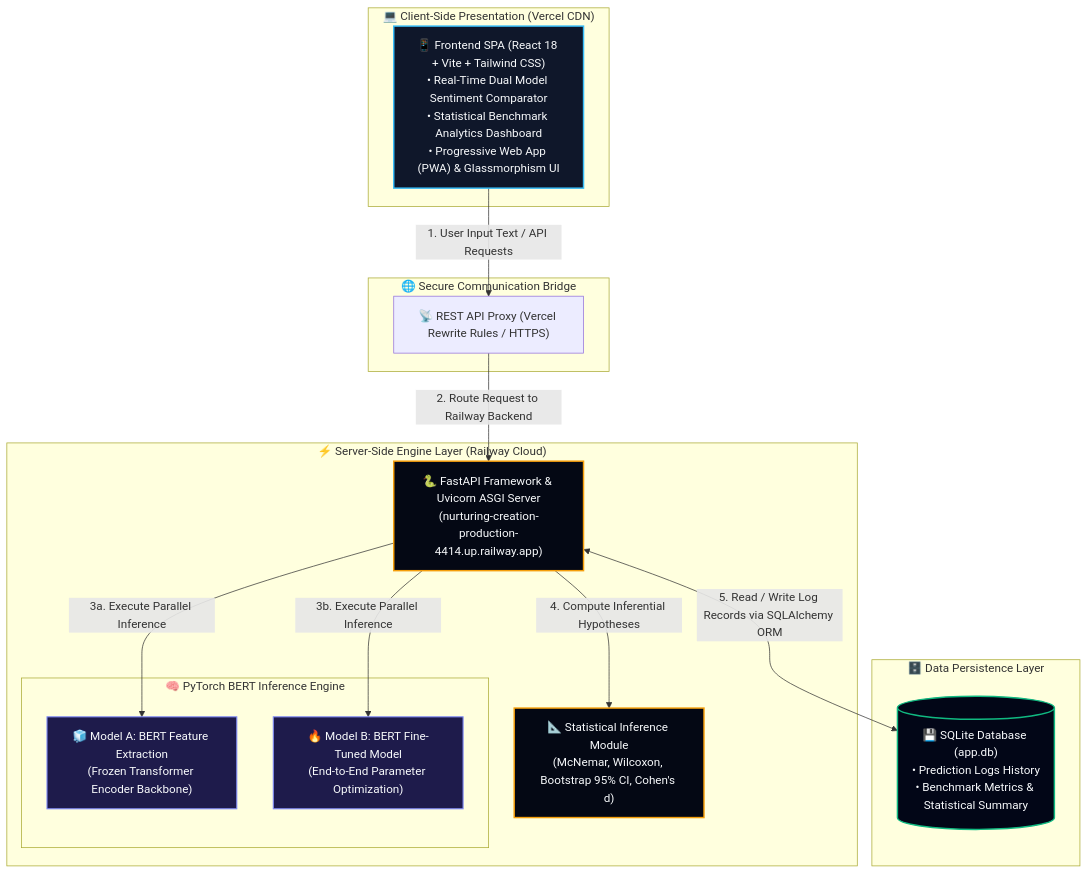
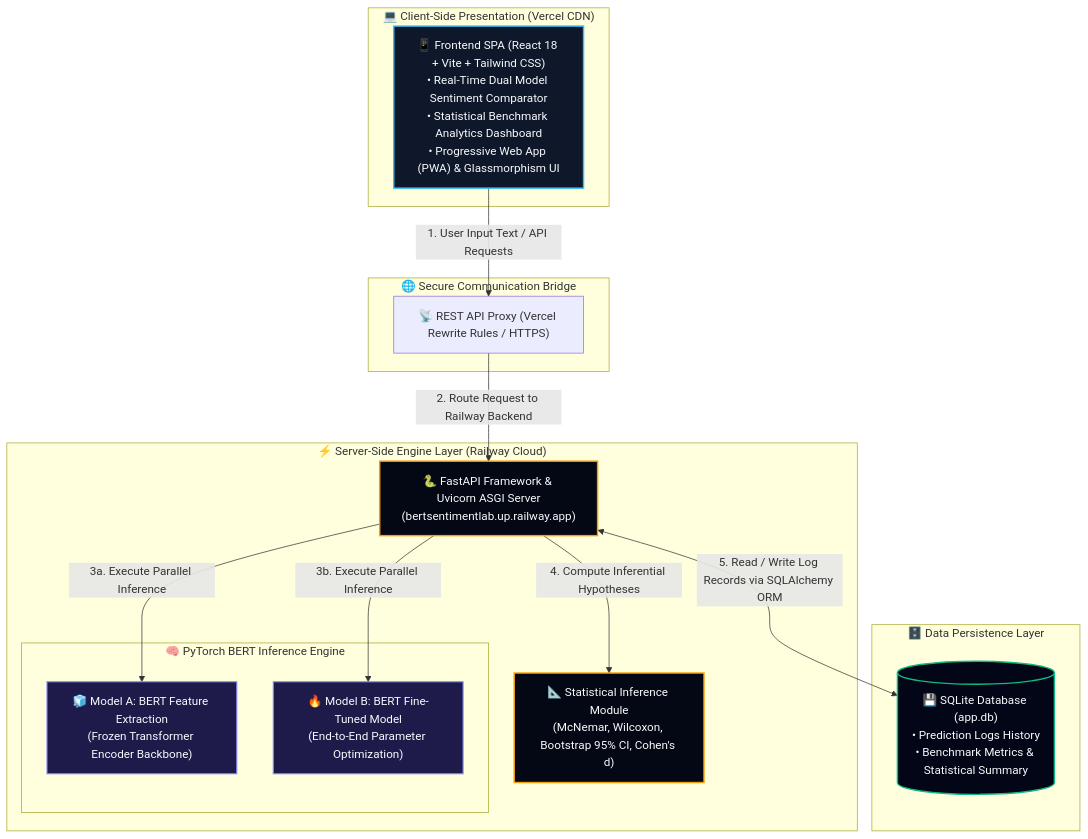
One commit to khamalputra/BERT-Sentiment-Lab changed the diagram in README.md. Above: the diagram before and after it, drawn with Mermaid. The commit also changed 1 other file, not shown here.

Commit message:
chore(config): update CPU_BACKEND_URL to new Railway backend bertsentimentlab.up.railway.app

````diff
--- a/README.md
+++ b/README.md
@@ -45,41 +45,41 @@
 ```mermaid
 graph TD
     %% Node Style Definitions
     classDef frontend fill:#0f172a,stroke:#38bdf8,stroke-width:2px,color:#f8fafc;
     classDef backend fill:#040814,stroke:#f59e0b,stroke-width:2px,color:#f8fafc;
     classDef database fill:#020617,stroke:#10b981,stroke-width:2px,color:#f8fafc;
     classDef model fill:#1e1b4b,stroke:#818cf8,stroke-width:1.5px,color:#f8fafc;
 
     subgraph ClientLayer [" 💻 Client-Side Presentation (Vercel CDN) "]
         FE["📱 Frontend SPA (React 18 + Vite + Tailwind CSS)<br/>• Real-Time Dual Model Sentiment Comparator<br/>• Statistical Benchmark Analytics Dashboard<br/>• Progressive Web App (PWA) & Glassmorphism UI"]:::frontend
     end
 
     subgraph APIBridge [" 🌐 Secure Communication Bridge "]
         HTTP["📡 REST API Proxy (Vercel Rewrite Rules / HTTPS)"]
     end
 
     subgraph ServerLayer [" ⚡ Server-Side Engine Layer (Railway Cloud) "]
-        BE["🐍 FastAPI Framework & Uvicorn ASGI Server<br/>(nurturing-creation-production-4414.up.railway.app)"]:::backend
+        BE["🐍 FastAPI Framework & Uvicorn ASGI Server<br/>(bertsentimentlab.up.railway.app)"]:::backend
         
         subgraph DeepLearningEngine [" 🧠 PyTorch BERT Inference Engine "]
             MA["🧊 Model A: BERT Feature Extraction<br/>(Frozen Transformer Encoder Backbone)"]:::model
             MB["🔥 Model B: BERT Fine-Tuned Model<br/>(End-to-End Parameter Optimization)"]:::model
         end
         
         STAT["📐 Statistical Inference Module<br/>(McNemar, Wilcoxon, Bootstrap 95% CI, Cohen's d)"]:::backend
     end
 
     subgraph StorageLayer [" 🗄️ Data Persistence Layer "]
         DB[("💾 SQLite Database (app.db)<br/>• Prediction Logs History<br/>• Benchmark Metrics & Statistical Summary")]:::database
     end
 
     %% Workflow Connectors
     FE -->|"1. User Input Text / API Requests"| HTTP
     HTTP -->|"2. Route Request to Railway Backend"| BE
     
     BE -->|"3a. Execute Parallel Inference"| MA
     BE -->|"3b. Execute Parallel Inference"| MB
     BE -->|"4. Compute Inferential Hypotheses"| STAT
     
     BE <-->|"5. Read / Write Log Records via SQLAlchemy ORM"| DB
 ```
````
